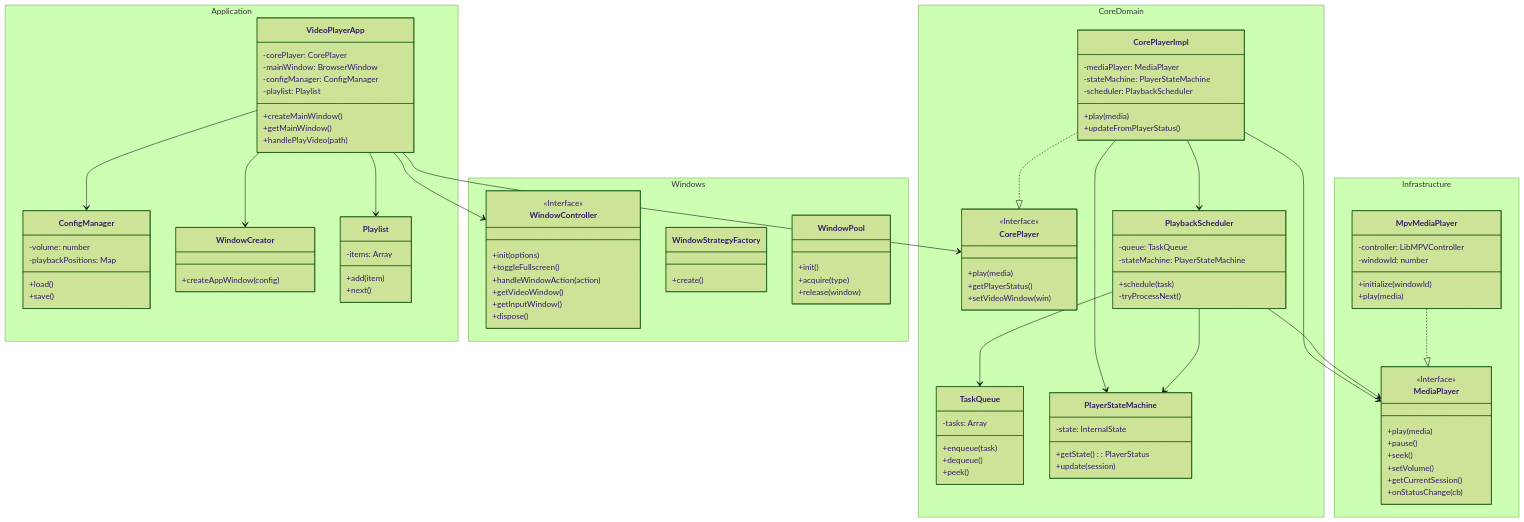
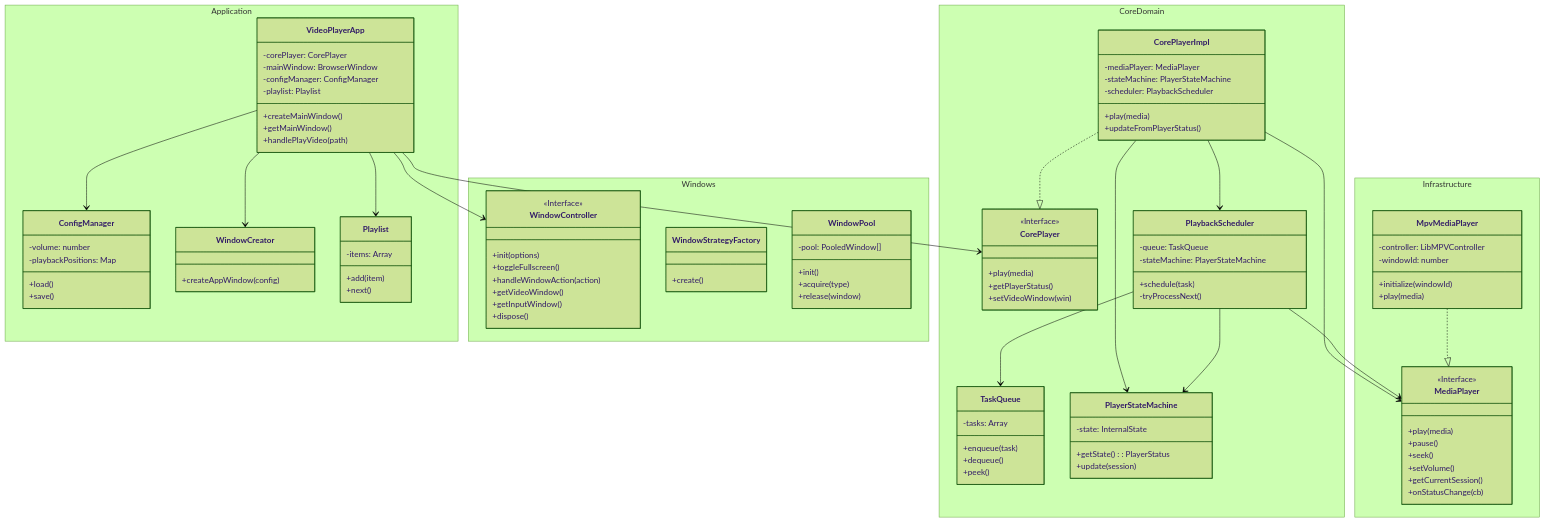
One commit to Lucas-lgm/lumiere changed the third of 10 diagrams in docs/architecture/ARCHITECTURE.md. Above: the diagram before and after it, drawn with Mermaid (forest theme). The commit also changed other lines of this file and 1 other file, not shown here.

First line of the commit message:
docs(architecture): update WindowPool and add pooling semantics

```diff
--- a/docs/architecture/ARCHITECTURE.md
+++ b/docs/architecture/ARCHITECTURE.md
@@ -215,6 +215,7 @@
             +init()
             +acquire(type)
             +release(window)
+            -pool: PooledWindow[]
         }
     }
 
```
